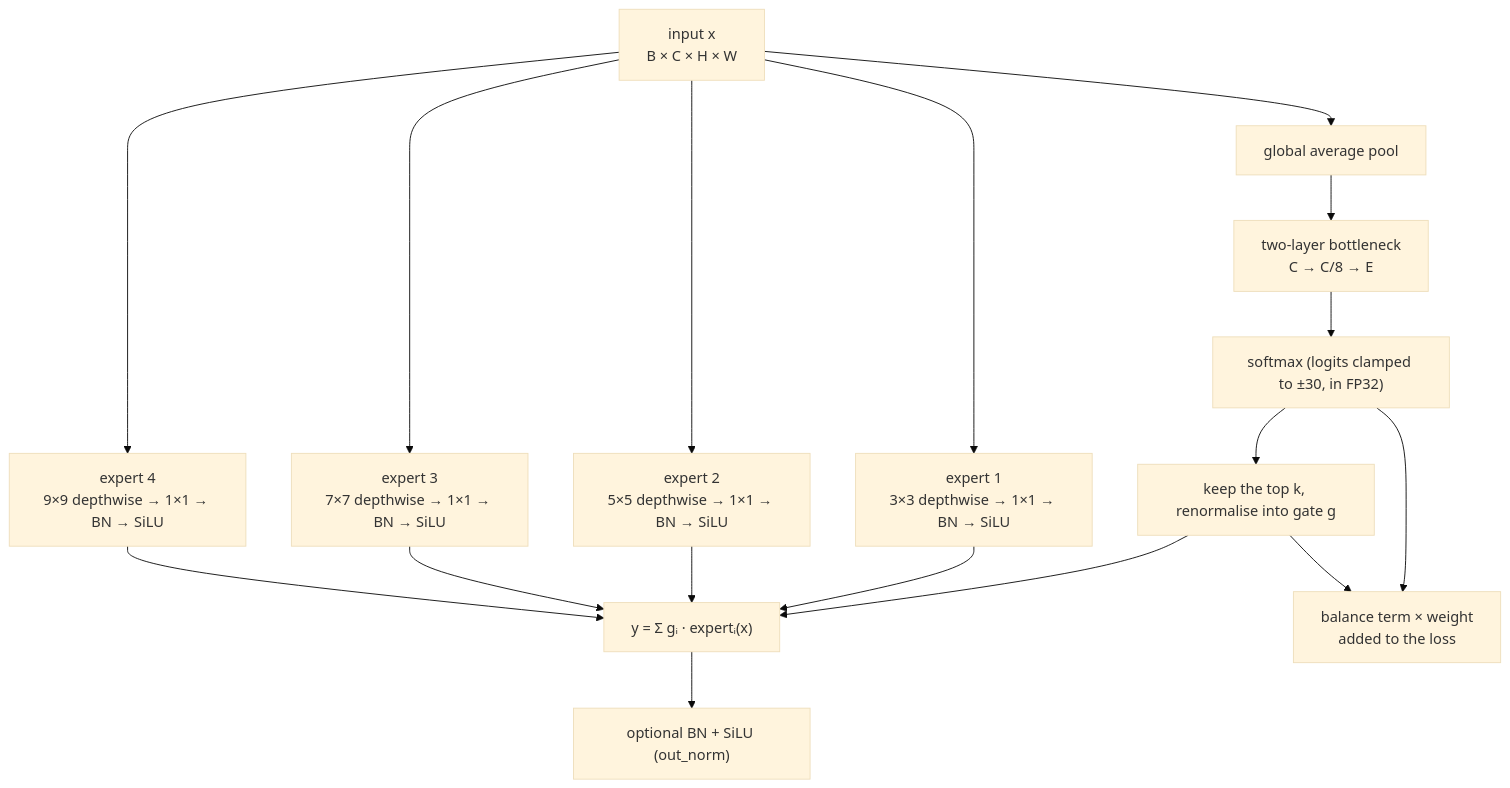
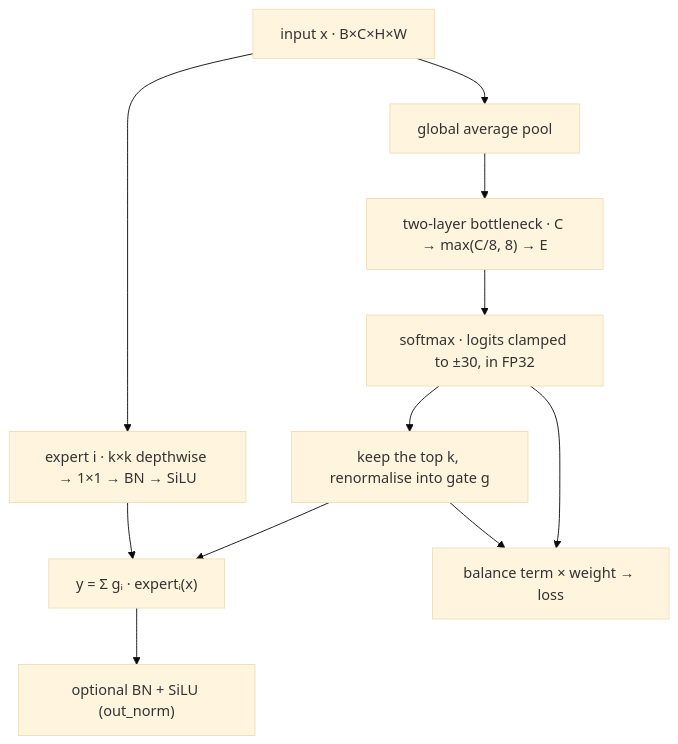
The second of 2 diagrams in docs/design.en.md (Lfan-ke/ES-MoE), drawn with Mermaid (base theme) before and after one commit. The commit also changed other lines of this file and 28 other files, not shown here.

Commit message:
docs(site): a figure for every result, dark-aware diagrams, libraries loaded on demand, and corrected comparisons.

````diff
--- a/docs/design.en.md
+++ b/docs/design.en.md
@@ -31,19 +38,13 @@
 ```mermaid
 flowchart TB
-    X["input x<br/>B × C × H × W"] --> G["global average pool"]
-    G --> MLP["two-layer bottleneck<br/>C → C/8 → E"]
-    MLP --> SM["softmax (logits clamped to ±30, in FP32)"]
+    X["input x · B×C×H×W"] --> G["global average pool"]
+    G --> MLP["two-layer bottleneck · C → max(C/8, 8) → E"]
+    MLP --> SM["softmax · logits clamped to ±30, in FP32"]
     SM --> TK["keep the top k, renormalise into gate g"]
-    X --> E1["expert 1<br/>3×3 depthwise → 1×1 → BN → SiLU"]
-    X --> E2["expert 2<br/>5×5 depthwise → 1×1 → BN → SiLU"]
-    X --> E3["expert 3<br/>7×7 depthwise → 1×1 → BN → SiLU"]
-    X --> E4["expert 4<br/>9×9 depthwise → 1×1 → BN → SiLU"]
+    X --> EX["expert i · k×k depthwise → 1×1 → BN → SiLU"]
     TK --> MIX["y = Σ gᵢ · expertᵢ(x)"]
-    E1 --> MIX
-    E2 --> MIX
-    E3 --> MIX
-    E4 --> MIX
+    EX --> MIX
     MIX --> N["optional BN + SiLU (out_norm)"]
-    SM --> AUX["balance term × weight<br/>added to the loss"]
+    SM --> AUX["balance term × weight → loss"]
     TK --> AUX
 ```
````
